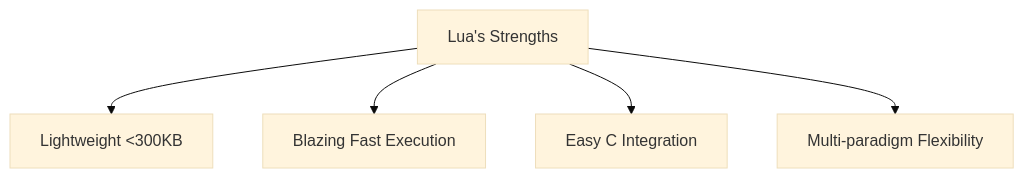
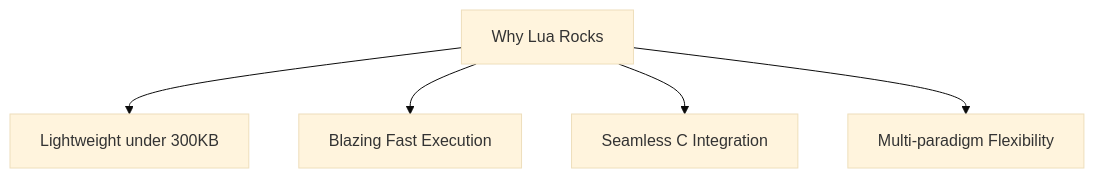
One commit to hetfs/luaOrbiter changed the diagram in docs/01-beginner/03-lua-introduction.md. Above: the diagram before and after it, drawn with Mermaid (base theme). The commit also changed other lines of this file and 9 other files, not shown here.

`````diff
--- a/docs/01-beginner/03-lua-introduction.md
+++ b/docs/01-beginner/03-lua-introduction.md
@@ -11,7 +11,7 @@
 ```mermaid
 graph TD
-A[Lua's Strengths] --> B[Lightweight <300KB]
+A[Why Lua Rocks] --> B[Lightweight under 300KB]
 A --> C[Blazing Fast Execution]
-A --> D[Easy C Integration]
+A --> D[Seamless C Integration]
 A --> E[Multi-paradigm Flexibility]
-```
+````
`````
